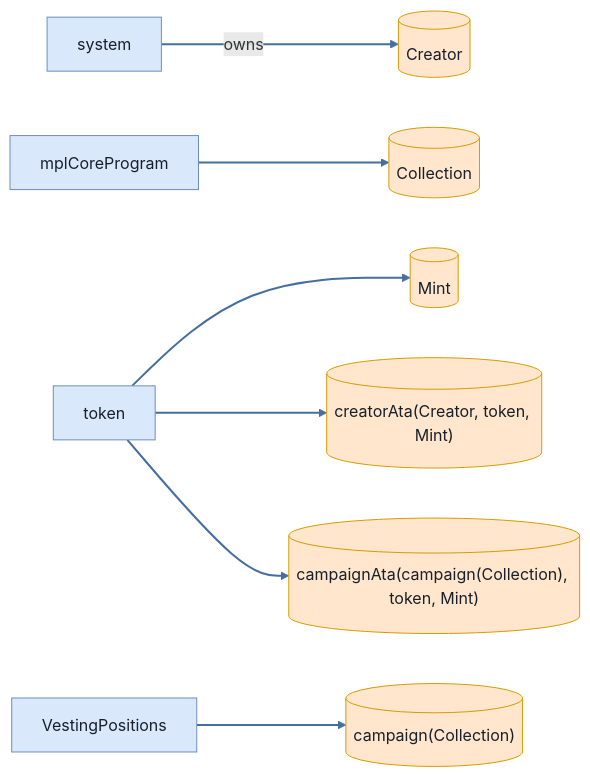
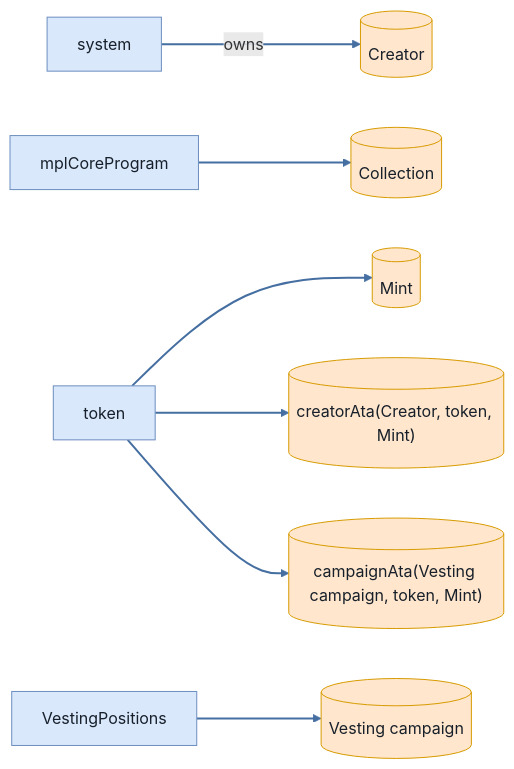
One commit to cds-turbin3/vesting-position changed the third of 6 diagrams in babelfish-tests/test-report/scenario_8_wrong_asset_subsequent_claim_fails.md. Above: the diagram before and after it, drawn with Mermaid. The commit also changed other lines of this file and 104 other files, not shown here.

````diff
--- a/babelfish-tests/test-report/scenario_8_wrong_asset_subsequent_claim_fails.md
+++ b/babelfish-tests/test-report/scenario_8_wrong_asset_subsequent_claim_fails.md
@@ -150,23 +150,23 @@
 ```mermaid
 flowchart LR
     system["system"]:::program
     Creator[("Creator")]:::state
     mplCoreProgram["mplCoreProgram"]:::program
     Collection[("Collection")]:::state
     token["token"]:::program
     Mint[("Mint")]:::state
     creatorAtaCreatortokenMint[("creatorAta(Creator, token, Mint)")]:::state
     VestingPositions["VestingPositions"]:::program
-    campaignCollection[("campaign(Collection)")]:::state
-    campaignAtacampaignCollectiontokenMint[("campaignAta(campaign(Collection), token, Mint)")]:::state
+    Vestingcampaign[("Vesting campaign")]:::state
+    campaignAtaVestingcampaigntokenMint[("campaignAta(Vesting campaign, token, Mint)")]:::state
     system -->|owns| Creator
     mplCoreProgram --> Collection
     token --> Mint
     token --> creatorAtaCreatortokenMint
-    VestingPositions --> campaignCollection
-    token --> campaignAtacampaignCollectiontokenMint
+    VestingPositions --> Vestingcampaign
+    token --> campaignAtaVestingcampaigntokenMint
     classDef program fill:#dae8fc,stroke:#6c8ebf,color:#17202a;
     classDef signer fill:#d5e8d4,stroke:#82b366,color:#17202a;
     classDef state fill:#ffe6cc,stroke:#d79b00,color:#17202a;
     linkStyle 0,1,2,3,4,5 stroke:#456ea1,stroke-width:2px
 ```
````
